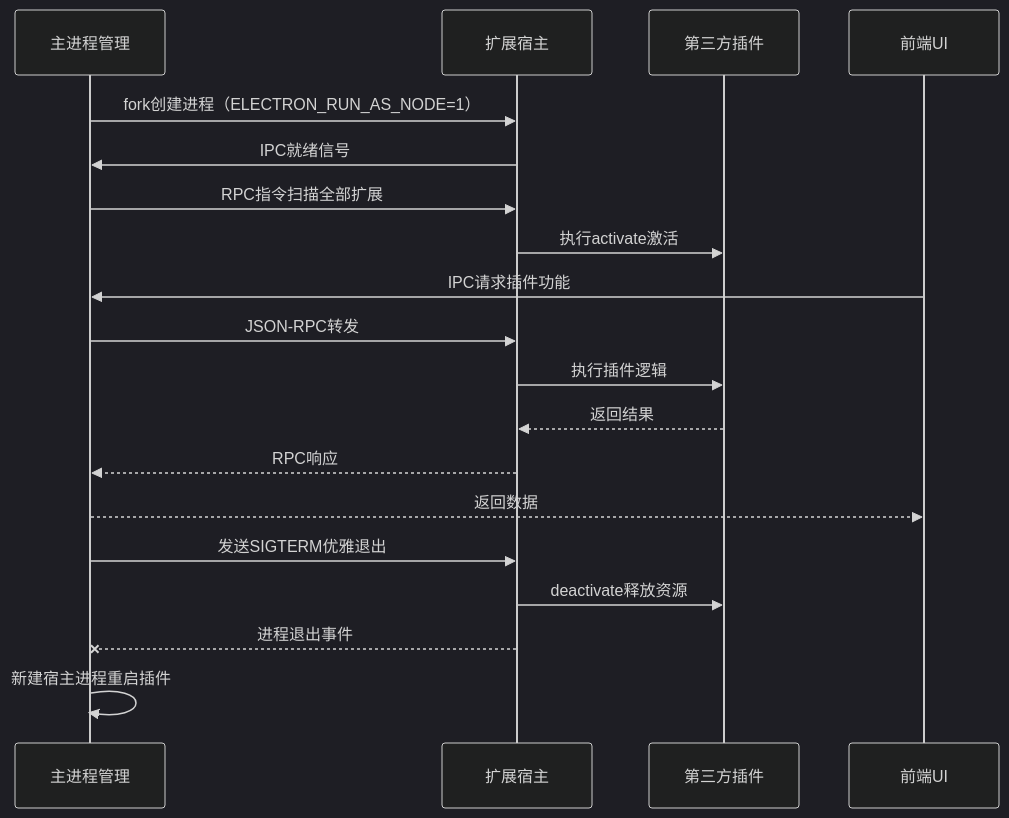
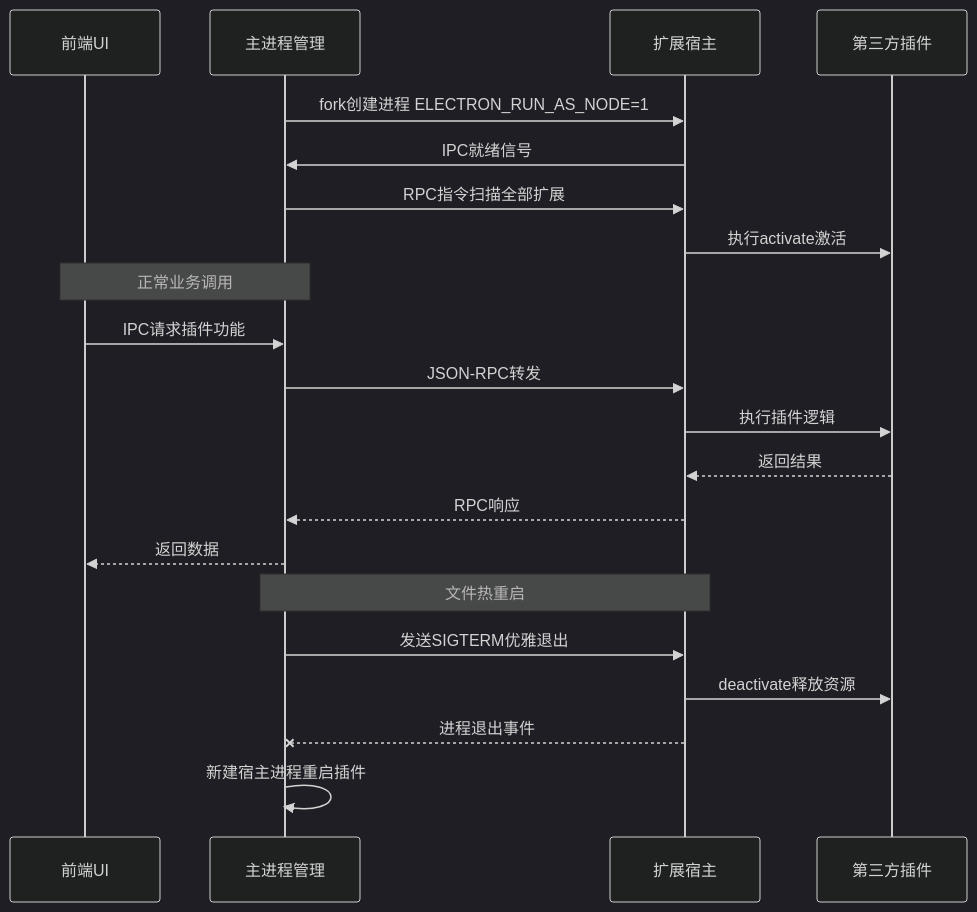
The third of 8 diagrams in README.md (chongyin10/ideaCode), drawn with Mermaid (dark theme) before and after one commit. The commit also changed other lines of this file, not shown here.

````diff
--- a/README.md
+++ b/README.md
@@ -177,20 +183,23 @@
 ```mermaid
 sequenceDiagram
+    participant UI as 前端UI
     participant Main as 主进程管理
     participant Host as 扩展宿主
     participant Ext as 第三方插件
-    Main->>Host: fork创建进程（ELECTRON_RUN_AS_NODE=1）
+    Main->>Host: fork创建进程 ELECTRON_RUN_AS_NODE=1
     Host->>Main: IPC就绪信号
     Main->>Host: RPC指令扫描全部扩展
     Host->>Ext: 执行activate激活
-    前端UI->>Main: IPC请求插件功能
+    Note over UI,Main: 正常业务调用
+    UI->>Main: IPC请求插件功能
     Main->>Host: JSON-RPC转发
     Host->>Ext: 执行插件逻辑
     Ext-->>Host: 返回结果
     Host-->>Main: RPC响应
-    Main-->>前端UI: 返回数据
+    Main-->>UI: 返回数据
+    Note over Main,Host: 文件热重启
     Main->>Host: 发送SIGTERM优雅退出
     Host->>Ext: deactivate释放资源
     Host--x Main: 进程退出事件
     Main->>Main: 新建宿主进程重启插件
 ```
````
